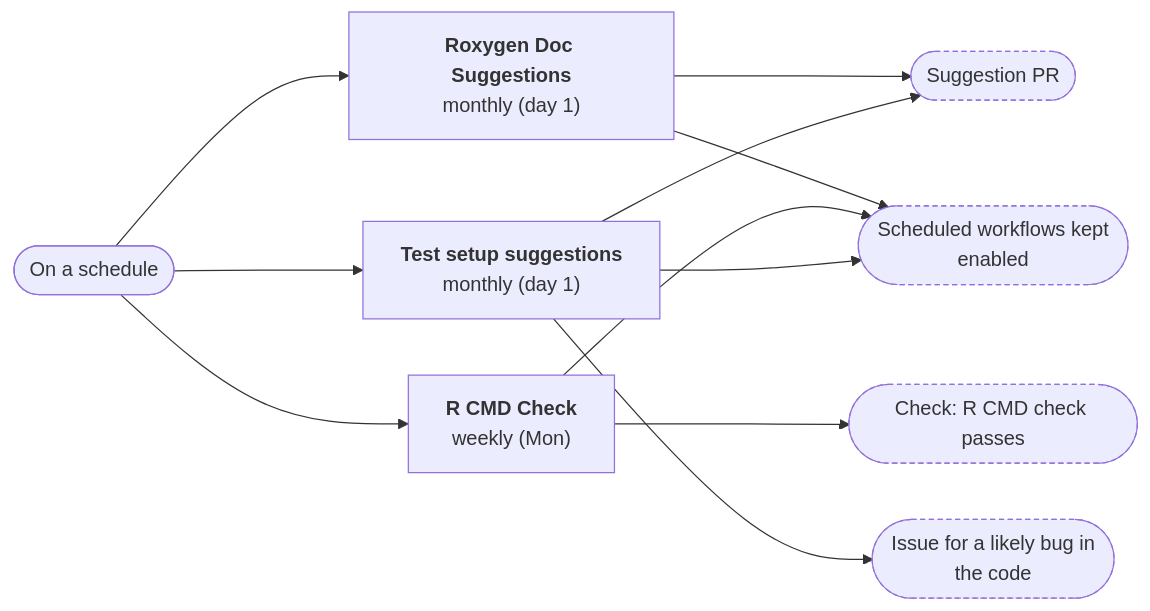
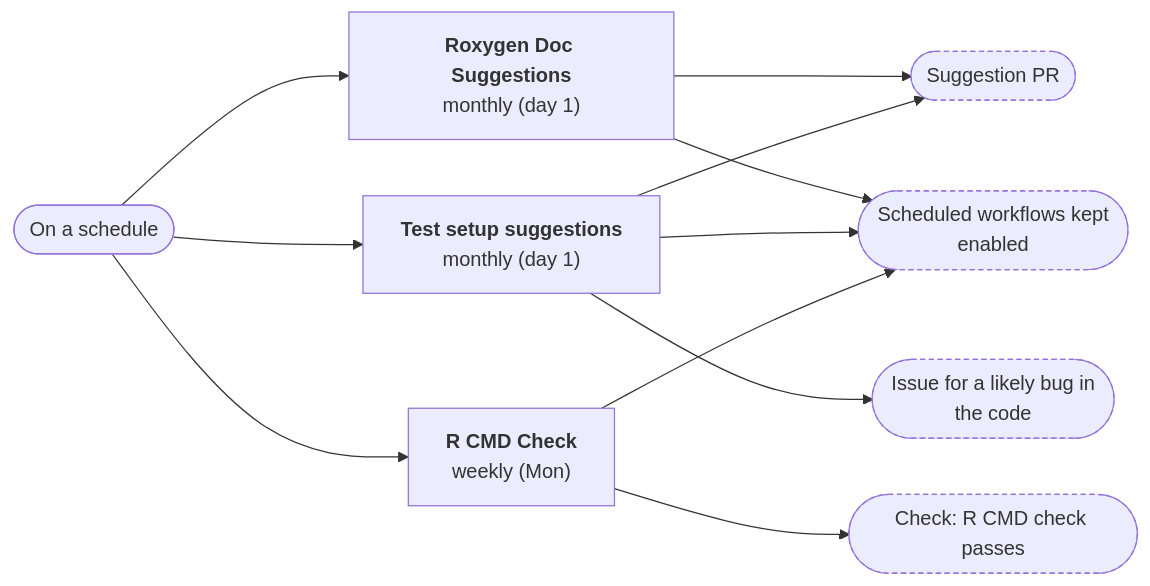
One commit to nfdi4health/dsSupportClient changed the eighth of 10 diagrams in .github/workflow-graphs/README.md. Above: the diagram before and after it, drawn with Mermaid. The commit also changed other lines of this file, not shown here.

Commit message:
docs: update workflow diagrams

````diff
--- a/.github/workflow-graphs/README.md
+++ b/.github/workflow-graphs/README.md
@@ -147,23 +172,23 @@
 ```mermaid
 %%{init: {"flowchart": {"rankSpacing": 140, "nodeSpacing": 45}}}%%
 flowchart LR
   ev(["On a schedule"])
   wf_docs_suggest_yml["<b>Roxygen Doc Suggestions</b><br/>monthly (day 1)"]
   ev --> wf_docs_suggest_yml
+  wf_test_suggest_yml["<b>Test setup suggestions</b><br/>monthly (day 1)"]
+  ev --> wf_test_suggest_yml
   wf_R_CMD_Check_yml["<b>R CMD Check</b><br/>weekly (Mon)"]
   ev --> wf_R_CMD_Check_yml
-  wf_test_suggest_yml["<b>Test setup suggestions</b><br/>monthly (day 1)"]
-  ev --> wf_test_suggest_yml
   out_1(["Suggestion PR"]):::outcome
   out_2(["Scheduled workflows kept<br/>enabled"]):::outcome
-  out_3(["Check: R CMD check passes"]):::outcome
-  out_4(["Issue for a likely bug in<br/>the code"]):::outcome
+  out_3(["Issue for a likely bug in<br/>the code"]):::outcome
+  out_4(["Check: R CMD check passes"]):::outcome
   wf_docs_suggest_yml --> out_1
   wf_docs_suggest_yml --> out_2
-  wf_R_CMD_Check_yml --> out_3
+  wf_test_suggest_yml --> out_1
+  wf_test_suggest_yml --> out_3
+  wf_test_suggest_yml --> out_2
+  wf_R_CMD_Check_yml --> out_4
   wf_R_CMD_Check_yml --> out_2
-  wf_test_suggest_yml --> out_1
-  wf_test_suggest_yml --> out_4
-  wf_test_suggest_yml --> out_2
   classDef outcome stroke-dasharray: 4 3
 ```
````
